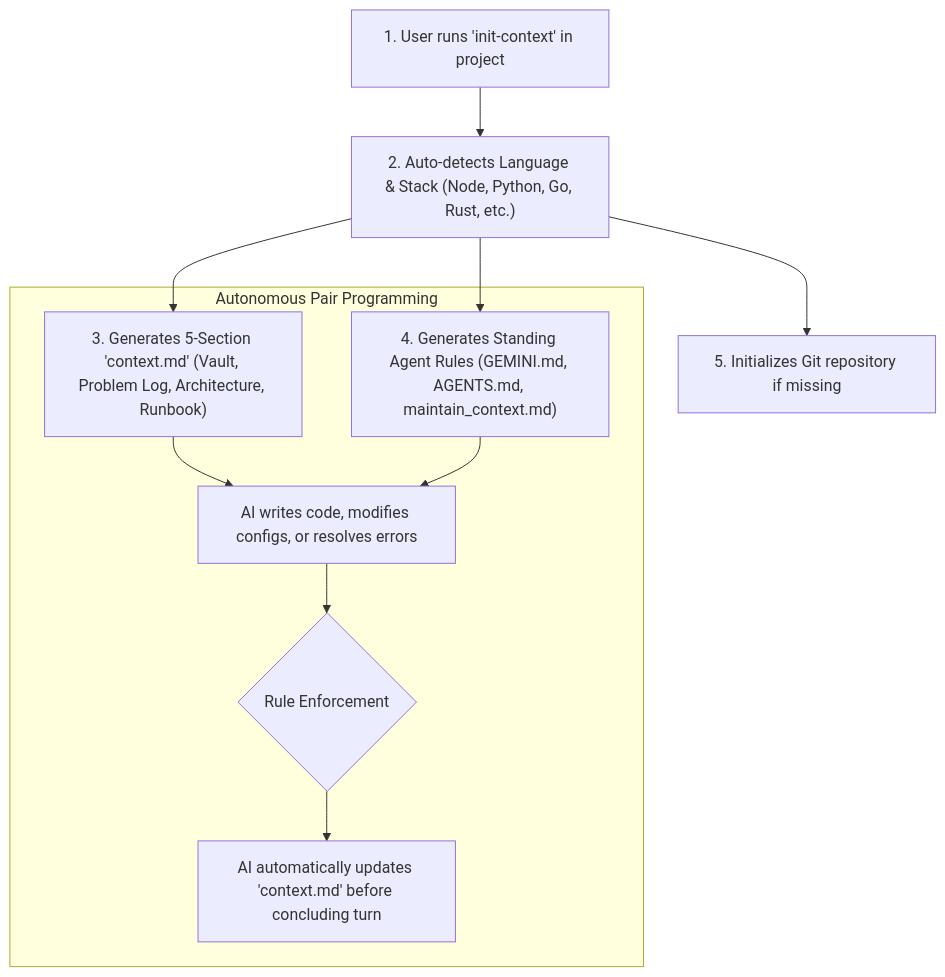
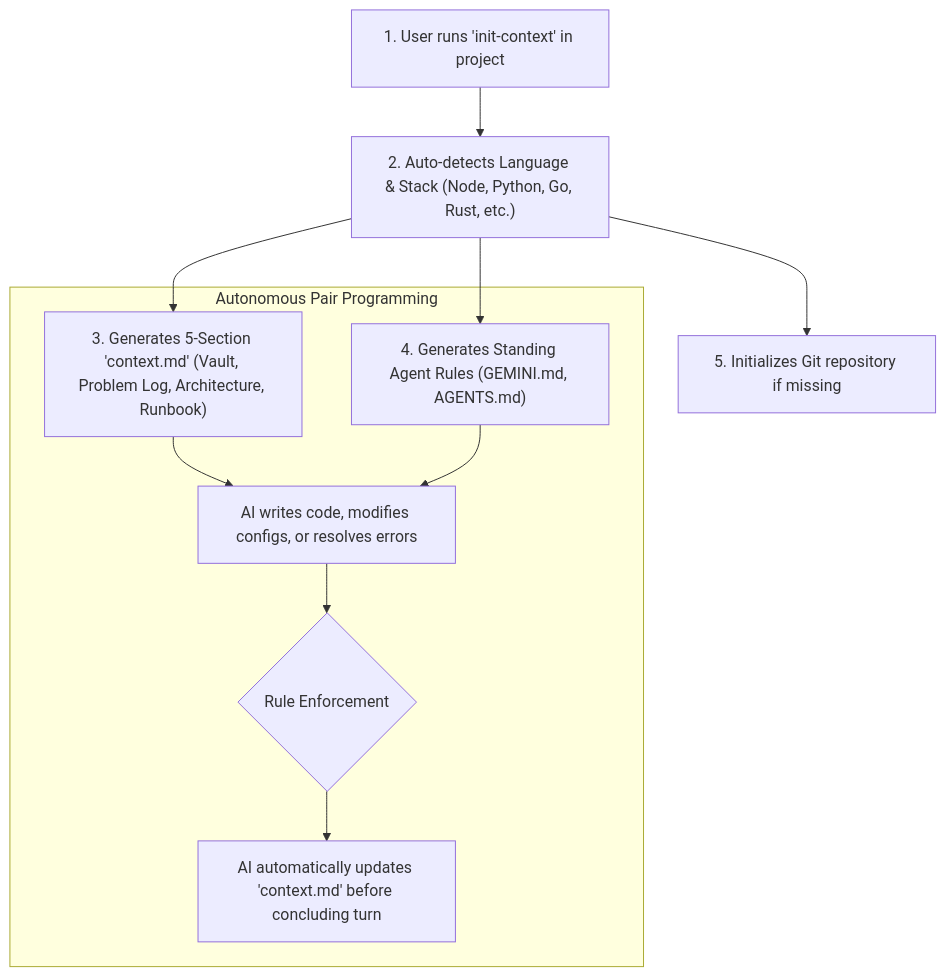
Before and after one commit to Cyber-arghya/auto-context: the diagram in README.md, drawn with Mermaid. The commit also changed other lines of this file and 7 other files, not shown here.

````diff
--- a/README.md
+++ b/README.md
@@ -485,13 +485,13 @@
 ```mermaid
 flowchart TD
     RunCLI["1. User runs 'init-context' in project"] --> Detect["2. Auto-detects Language & Stack (Node, Python, Go, Rust, etc.)"]
     Detect --> GenContext["3. Generates 5-Section 'context.md' (Vault, Problem Log, Architecture, Runbook)"]
-    Detect --> GenRules["4. Generates Standing Agent Rules (GEMINI.md, AGENTS.md, maintain_context.md)"]
+    Detect --> GenRules["4. Generates Standing Agent Rules (GEMINI.md, AGENTS.md)"]
     Detect --> InitGit["5. Initializes Git repository if missing"]
     
     subgraph ActiveDevelopment ["Autonomous Pair Programming"]
         GenContext & GenRules --> AICoding["AI writes code, modifies configs, or resolves errors"]
         AICoding --> AutoCheck{"Rule Enforcement"}
         AutoCheck --> AutoUpdate["AI automatically updates 'context.md' before concluding turn"]
     end
 ```
````
